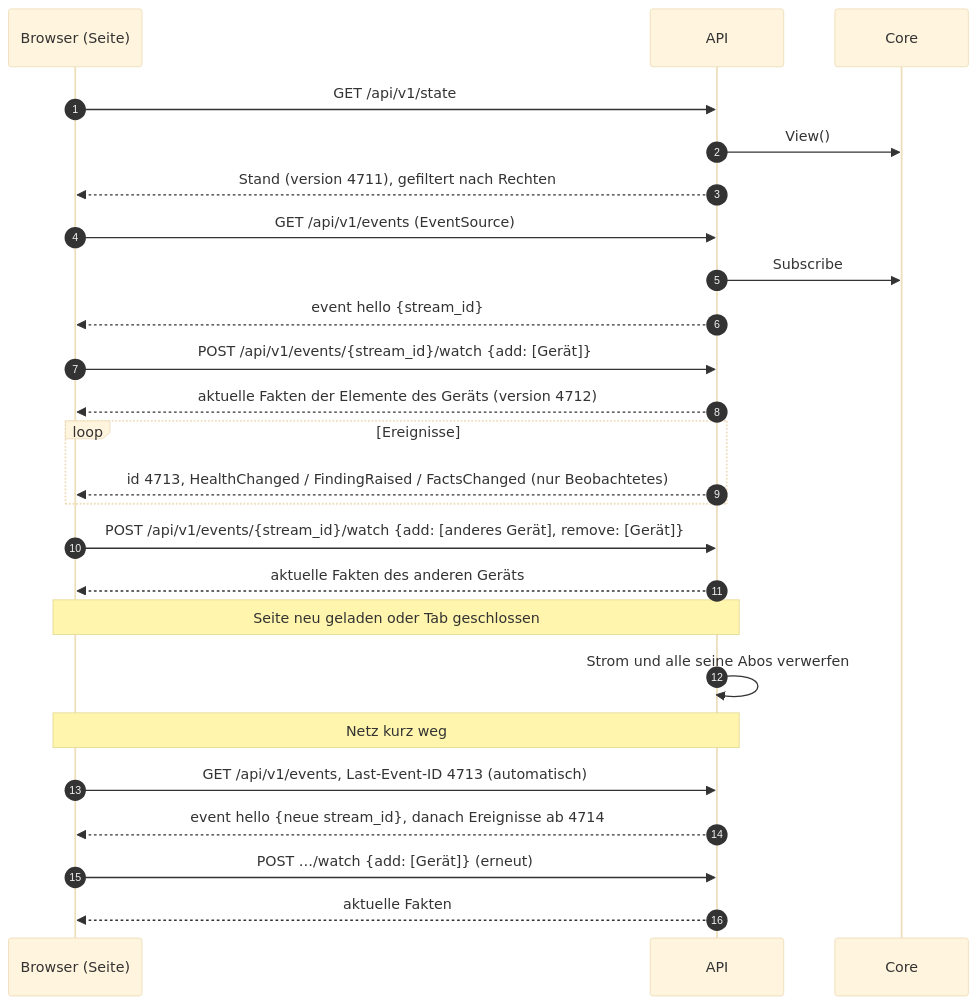
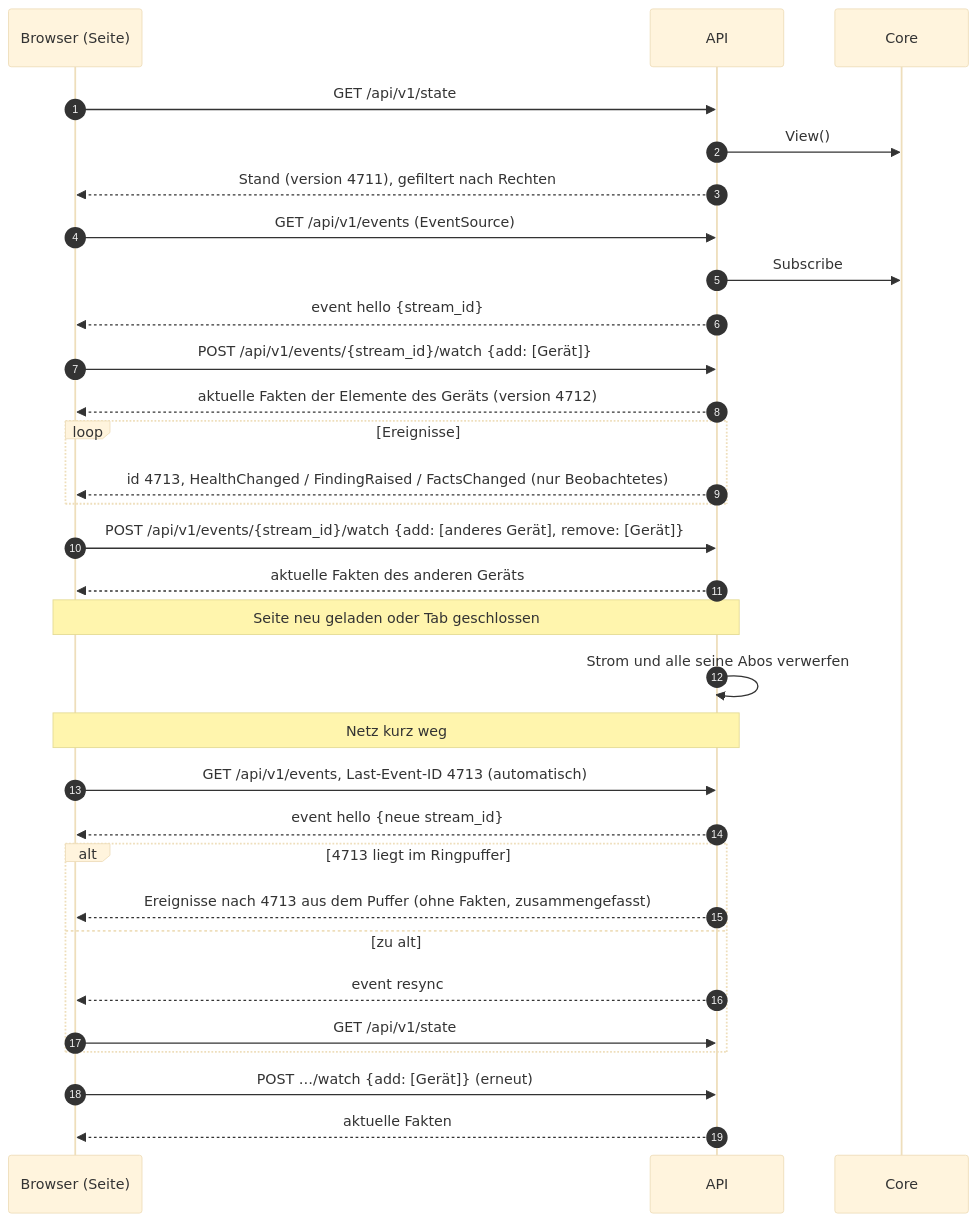
Before and after one commit to lukirs95/monika: the diagram in docs/contracts/api.md, drawn with Mermaid (base theme). The commit also changed other lines of this file and 8 other files, not shown here.

First line of the commit message:
docs: apply architecture audit to contracts, API and status

````diff
--- a/docs/contracts/api.md
+++ b/docs/contracts/api.md
@@ -42,28 +63,34 @@
 ```mermaid
 sequenceDiagram
     autonumber
     participant B as Browser (Seite)
     participant A as API
     participant C as Core
 
     B->>A: GET /api/v1/state
     A->>C: View()
     A-->>B: Stand (version 4711), gefiltert nach Rechten
     B->>A: GET /api/v1/events (EventSource)
     A->>C: Subscribe
     A-->>B: event hello {stream_id}
     B->>A: POST /api/v1/events/{stream_id}/watch {add: [Gerät]}
     A-->>B: aktuelle Fakten der Elemente des Geräts (version 4712)
     loop Ereignisse
         A-->>B: id 4713, HealthChanged / FindingRaised / FactsChanged (nur Beobachtetes)
     end
     B->>A: POST /api/v1/events/{stream_id}/watch {add: [anderes Gerät], remove: [Gerät]}
     A-->>B: aktuelle Fakten des anderen Geräts
     Note over B,A: Seite neu geladen oder Tab geschlossen
     A->>A: Strom und alle seine Abos verwerfen
     Note over B,A: Netz kurz weg
     B->>A: GET /api/v1/events, Last-Event-ID 4713 (automatisch)
-    A-->>B: event hello {neue stream_id}, danach Ereignisse ab 4714
+    A-->>B: event hello {neue stream_id}
+    alt 4713 liegt im Ringpuffer
+        A-->>B: Ereignisse nach 4713 aus dem Puffer (ohne Fakten, zusammengefasst)
+    else zu alt
+        A-->>B: event resync
+        B->>A: GET /api/v1/state
+    end
     B->>A: POST …/watch {add: [Gerät]} (erneut)
     A-->>B: aktuelle Fakten
 ```
````
